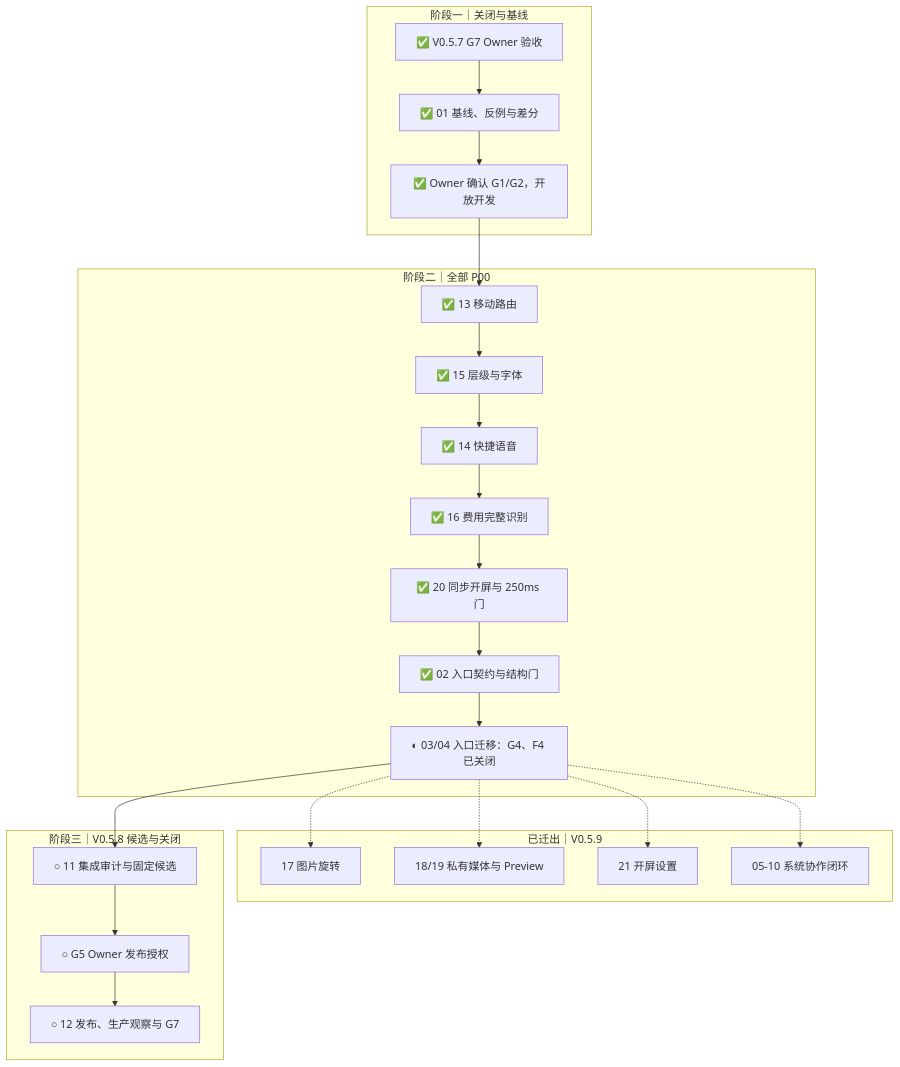
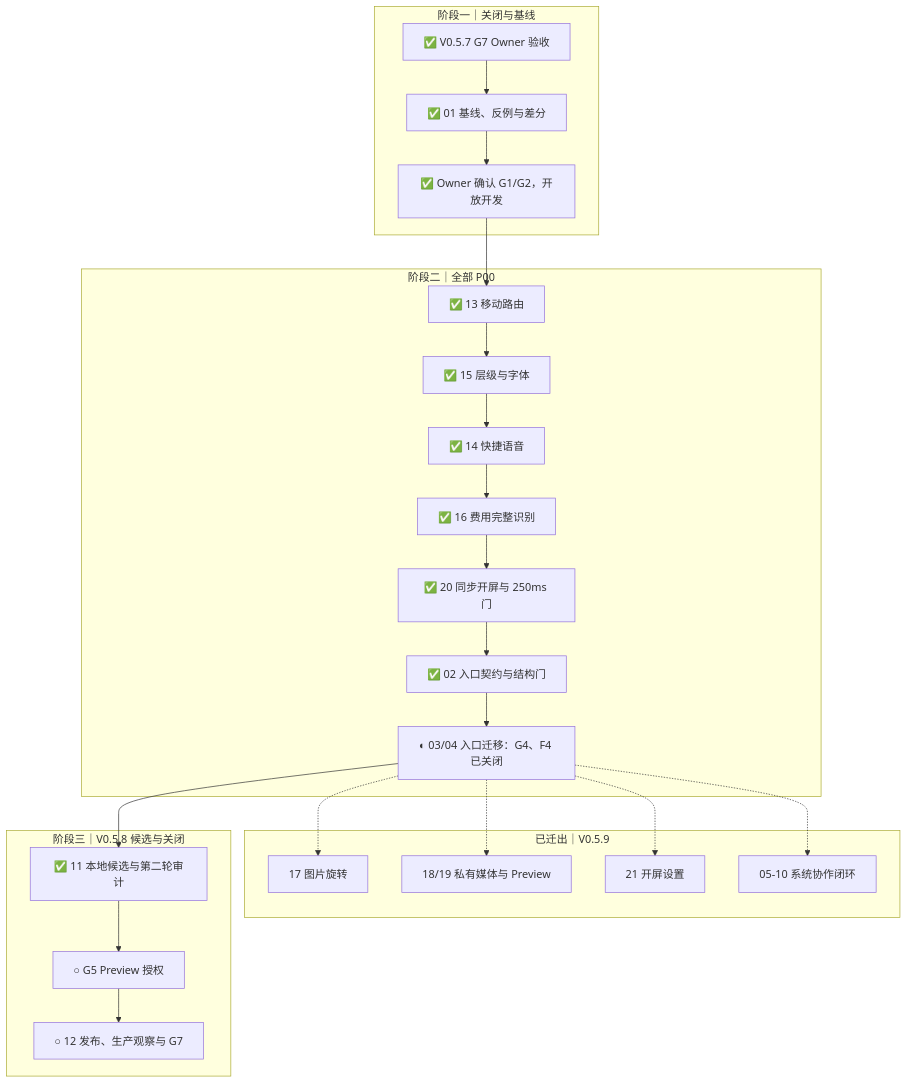
Before and after one commit to 77Liu/for-now: the diagram in reports/iteration-plan-v0.5.8-2026-10-05.md, drawn with Mermaid. The commit also changed other lines of this file and 3 other files, not shown here.

````diff
--- a/reports/iteration-plan-v0.5.8-2026-10-05.md
+++ b/reports/iteration-plan-v0.5.8-2026-10-05.md
@@ -223,27 +221,27 @@
 ```mermaid
 flowchart TD
   subgraph GATE["阶段一｜关闭与基线"]
     A["✅ V0.5.7 G7 Owner 验收"] --> B["✅ 01 基线、反例与差分"]
     B --> C["✅ Owner 确认 G1/G2，开放开发"]
   end
   subgraph P00["阶段二｜全部 P00"]
     C --> D1["✅ 13 移动路由"]
     D1 --> D2["✅ 15 层级与字体"]
     D2 --> E["✅ 14 快捷语音"]
     E --> F["✅ 16 费用完整识别"]
     F --> G["✅ 20 同步开屏与 250ms 门"]
     G --> H["✅ 02 入口契约与结构门"]
     H --> I["◐ 03/04 入口迁移：G4、F4 已关闭"]
   end
   subgraph NEXT["已迁出｜V0.5.9"]
     I -.-> J["17 图片旋转"]
     I -.-> K["18/19 私有媒体与 Preview"]
     I -.-> L["21 开屏设置"]
     I -.-> M["05-10 系统协作闭环"]
   end
   subgraph RELEASE["阶段三｜V0.5.8 候选与关闭"]
-    I --> O["○ 11 集成审计与固定候选"]
-    O --> P["○ G5 Owner 发布授权"]
+    I --> O["✅ 11 本地候选与第二轮审计"]
+    O --> P["○ G5 Preview 授权"]
     P --> Q["○ 12 发布、生产观察与 G7"]
   end
 ```
````
